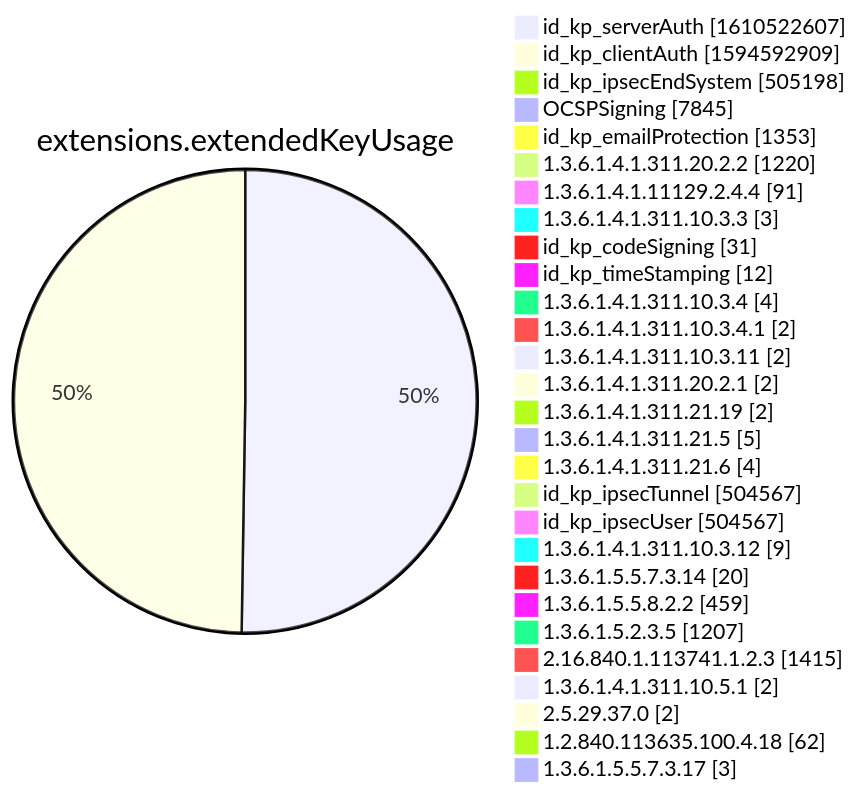
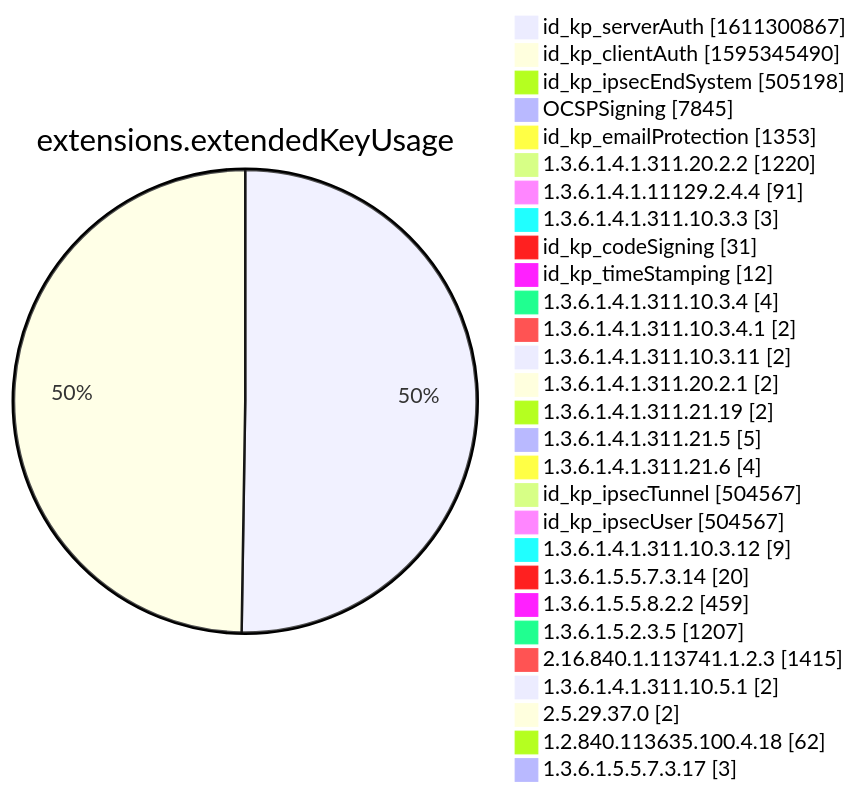
Before and after one commit to christiankrug/ctmonitor_visualization: diagram 12 of 15 in xenon2022/README.md, drawn with Mermaid. The commit also changed other lines of this file, not shown here.

````diff
--- a/xenon2022/README.md
+++ b/xenon2022/README.md
@@ -3885,32 +3885,32 @@
 ```mermaid
 pie showData
 title extensions.extendedKeyUsage
-"id_kp_serverAuth" :1610522607
-"id_kp_clientAuth" :1594592909
+"id_kp_serverAuth" :1611300867
+"id_kp_clientAuth" :1595345490
 "id_kp_ipsecEndSystem" :505198
 "OCSPSigning" :7845
 "id_kp_emailProtection" :1353
 "1.3.6.1.4.1.311.20.2.2" :1220
 "1.3.6.1.4.1.11129.2.4.4" :91
 "1.3.6.1.4.1.311.10.3.3" :3
 "id_kp_codeSigning" :31
 "id_kp_timeStamping" :12
 "1.3.6.1.4.1.311.10.3.4" :4
 "1.3.6.1.4.1.311.10.3.4.1" :2
 "1.3.6.1.4.1.311.10.3.11" :2
 "1.3.6.1.4.1.311.20.2.1" :2
 "1.3.6.1.4.1.311.21.19" :2
 "1.3.6.1.4.1.311.21.5" :5
 "1.3.6.1.4.1.311.21.6" :4
 "id_kp_ipsecTunnel" :504567
 "id_kp_ipsecUser" :504567
 "1.3.6.1.4.1.311.10.3.12" :9
 "1.3.6.1.5.5.7.3.14" :20
 "1.3.6.1.5.5.8.2.2" :459
 "1.3.6.1.5.2.3.5" :1207
 "2.16.840.1.113741.1.2.3" :1415
 "1.3.6.1.4.1.311.10.5.1" :2
 "2.5.29.37.0" :2
 "1.2.840.113635.100.4.18" :62
 "1.3.6.1.5.5.7.3.17" :3
 ```
````
